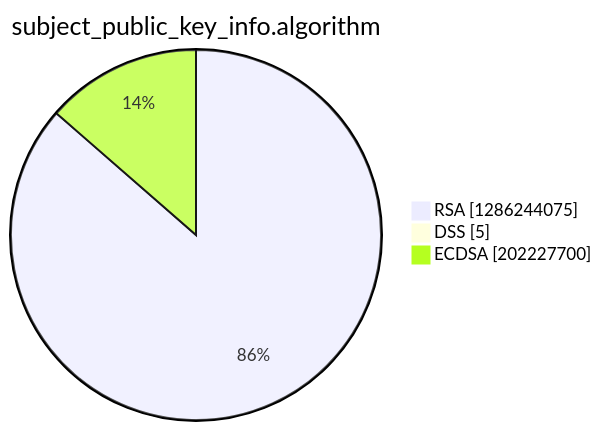
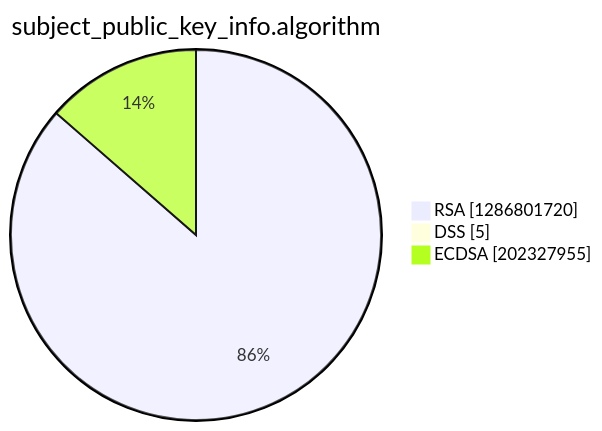
One commit to christiankrug/ctmonitor_visualization changed the third of 15 diagrams in argon2022/README.md. Above: the diagram before and after it, drawn with Mermaid. The commit also changed other lines of this file, not shown here.

````diff
--- a/argon2022/README.md
+++ b/argon2022/README.md
@@ -14,7 +14,7 @@
 ```mermaid
 pie showData
 title subject_public_key_info.algorithm
-"RSA" :1286244075
+"RSA" :1286801720
 "DSS" :5
-"ECDSA" :202227700
+"ECDSA" :202327955
 ```
````
